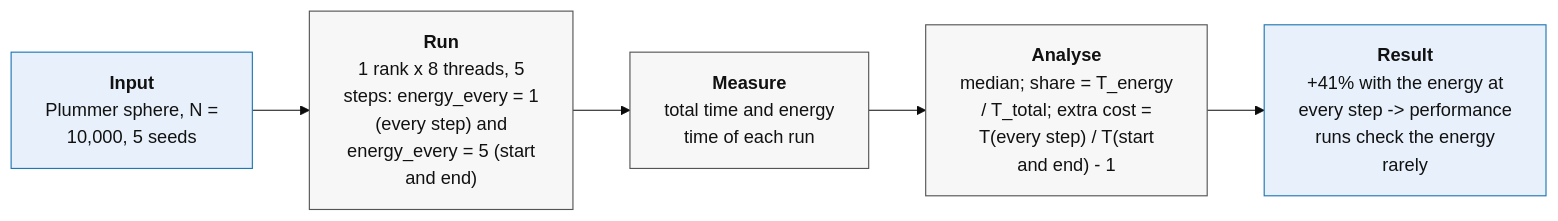
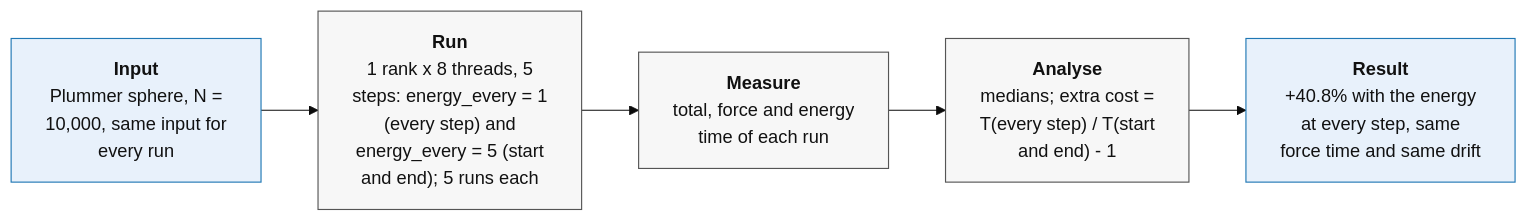
One commit to emmadariol/HPC_exam changed the second of 16 diagrams in Nbody_serial/FINAL_REPORT.md. Above: the diagram before and after it, drawn with Mermaid (base theme). The commit also changed other lines of this file, not shown here.

````diff
--- a/Nbody_serial/FINAL_REPORT.md
+++ b/Nbody_serial/FINAL_REPORT.md
@@ -363,13 +312,13 @@
 ```mermaid
 flowchart LR
-  A["<b>Input</b><br/>Plummer sphere, N =<br/>10,000, 5 seeds"]
-  B["<b>Run</b><br/>1 rank x 8 threads, 5<br/>steps: energy_every = 1<br/>(every step) and<br/>energy_every = 5 (start<br/>and end)"]
-  C["<b>Measure</b><br/>total time and energy<br/>time of each run"]
-  D["<b>Analyse</b><br/>median; share = T_energy<br/>/ T_total; extra cost =<br/>T(every step) / T(start<br/>and end) - 1"]
-  E["<b>Result</b><br/>+41% with the energy at<br/>every step -> performance<br/>runs check the energy<br/>rarely"]
+  A["<b>Input</b><br/>Plummer sphere, N =<br/>10,000, same input for<br/>every run"]
+  B["<b>Run</b><br/>1 rank x 8 threads, 5<br/>steps: energy_every = 1<br/>(every step) and<br/>energy_every = 5 (start<br/>and end); 5 runs each"]
+  C["<b>Measure</b><br/>total, force and energy<br/>time of each run"]
+  D["<b>Analyse</b><br/>medians; extra cost =<br/>T(every step) / T(start<br/>and end) - 1"]
+  E["<b>Result</b><br/>+40.8% with the energy<br/>at every step, same<br/>force time and same drift"]
   A --> B --> C --> D --> E
   classDef io fill:#e8f1fb,stroke:#1f77b4,color:#111;
   classDef step fill:#f7f7f7,stroke:#555,color:#111;
   class A,E io;
   class B,C,D step;
 ```
````
